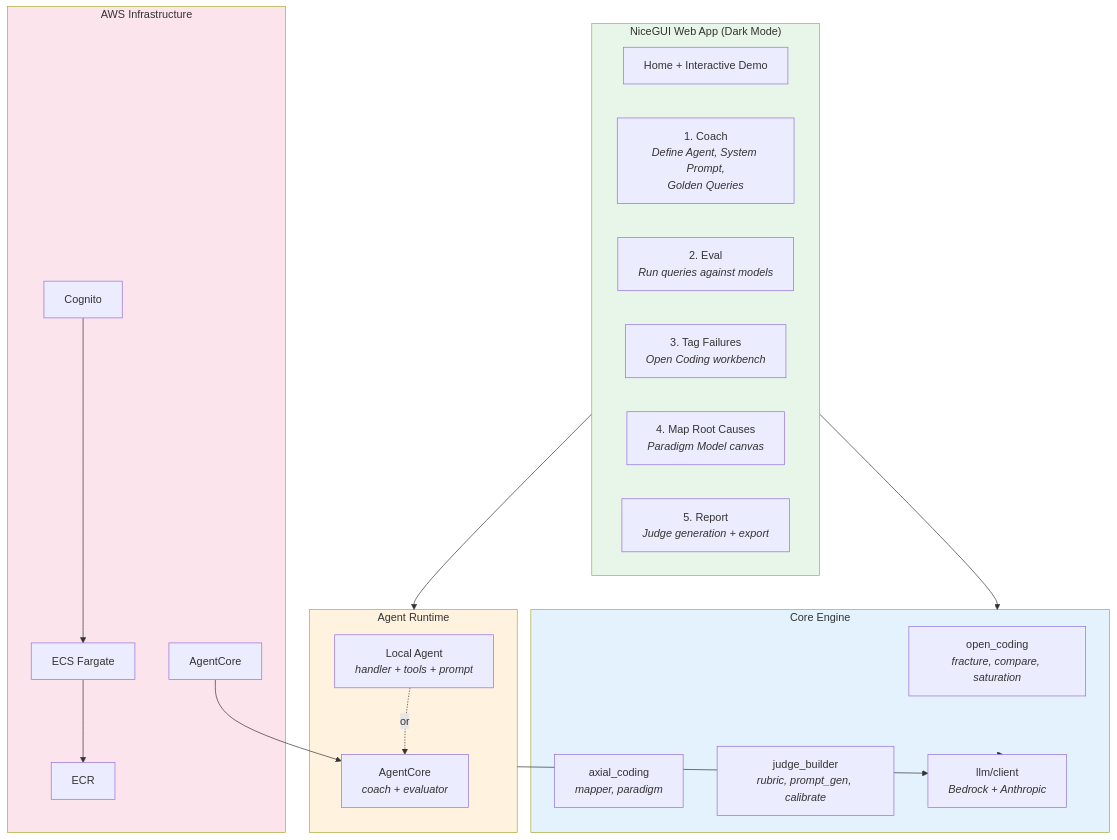
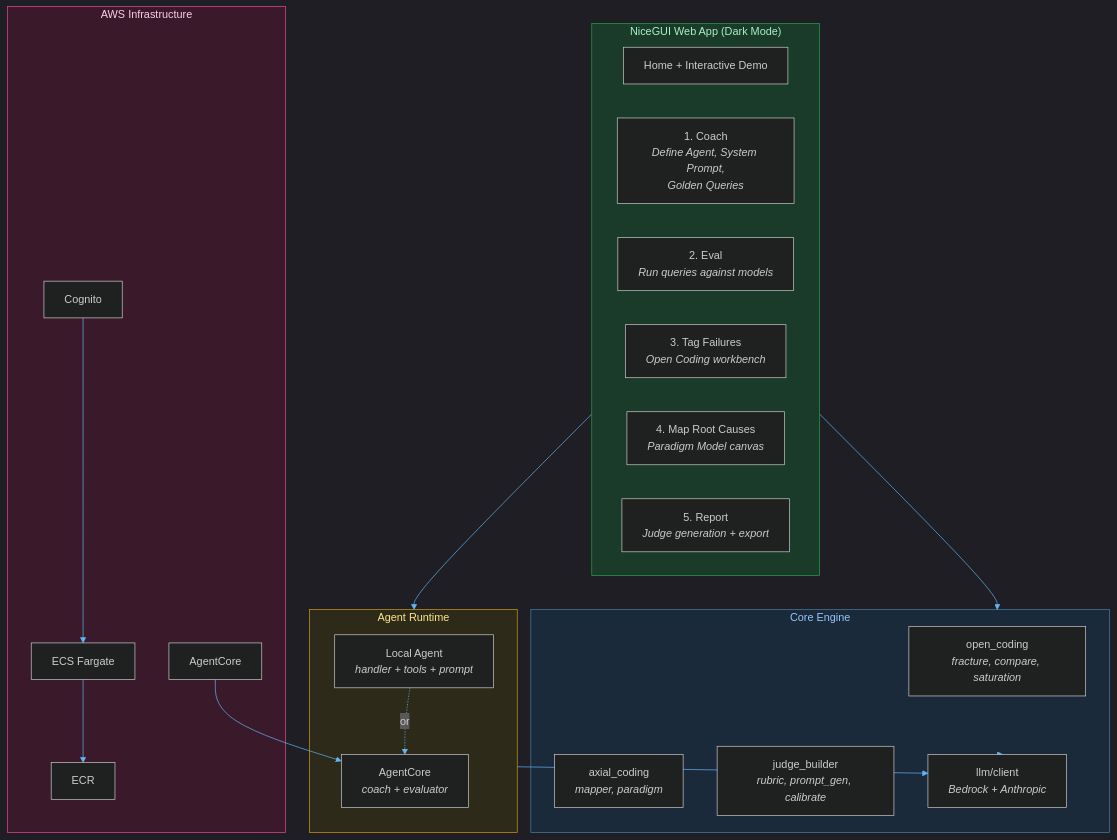
The seventh of 8 diagrams in README.md (aws-samples/sample-GEDD), drawn with Mermaid before and after one commit. The commit also changed other lines of this file, not shown here.

First line of the commit message:
docs: fix Mermaid diagrams for dark background rendering

````diff
--- a/README.md
+++ b/README.md
@@ -299,44 +306,45 @@
 ```mermaid
+%%{init: {'theme': 'dark', 'themeVariables': {'primaryColor': '#1e3a5f', 'primaryTextColor': '#e2e8f0', 'primaryBorderColor': '#4a7fa5', 'lineColor': '#64b5f6', 'secondaryColor': '#1a3a2a', 'tertiaryColor': '#2d1f3d'}}}%%
 flowchart TD
     subgraph UI["NiceGUI Web App (Dark Mode)"]
         HOME[Home + Interactive Demo]
         COACH["1. Coach<br/><i>Define Agent, System Prompt,<br/>Golden Queries</i>"]
         EVAL["2. Eval<br/><i>Run queries against models</i>"]
         CODING["3. Tag Failures<br/><i>Open Coding workbench</i>"]
         ANALYSIS["4. Map Root Causes<br/><i>Paradigm Model canvas</i>"]
         REPORT["5. Report<br/><i>Judge generation + export</i>"]
     end
 
     subgraph Core["Core Engine"]
         OC[open_coding<br/><i>fracture, compare, saturation</i>]
         AX[axial_coding<br/><i>mapper, paradigm</i>]
         JB[judge_builder<br/><i>rubric, prompt_gen, calibrate</i>]
         LLM[llm/client<br/><i>Bedrock + Anthropic</i>]
     end
 
     subgraph Agent["Agent Runtime"]
         LOCAL[Local Agent<br/><i>handler + tools + prompt</i>]
         REMOTE[AgentCore<br/><i>coach + evaluator</i>]
     end
 
     subgraph Infra["AWS Infrastructure"]
         ECS[ECS Fargate]
         COG[Cognito]
         ECR[ECR]
         AC[AgentCore]
     end
 
     UI --> Core
     UI --> Agent
     Core --> LLM
     Agent --> LLM
     LOCAL -.->|or| REMOTE
     ECS --> ECR
     COG --> ECS
     AC --> REMOTE
 
-    style UI fill:#e8f5e9
-    style Core fill:#e3f2fd
-    style Agent fill:#fff3e0
-    style Infra fill:#fce4ec
+    style UI fill:#1a3a2a,stroke:#27a644,color:#a7f3c1
+    style Core fill:#1a2a3a,stroke:#4a7fa5,color:#93c5fd
+    style Agent fill:#2d2a1a,stroke:#d4a017,color:#fde68a
+    style Infra fill:#3a1a2a,stroke:#ec4899,color:#fbcfe8
 ```
````
